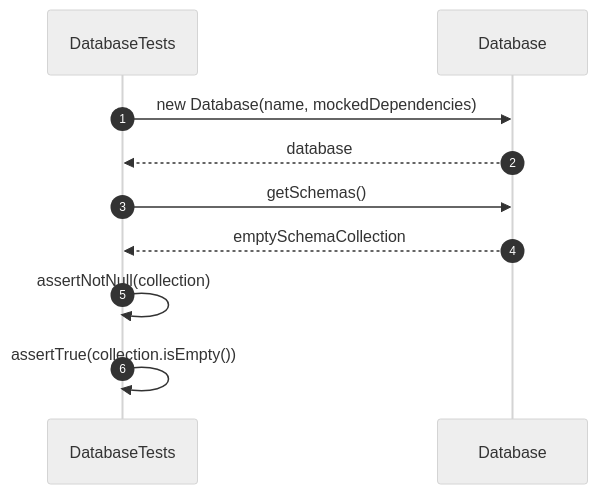
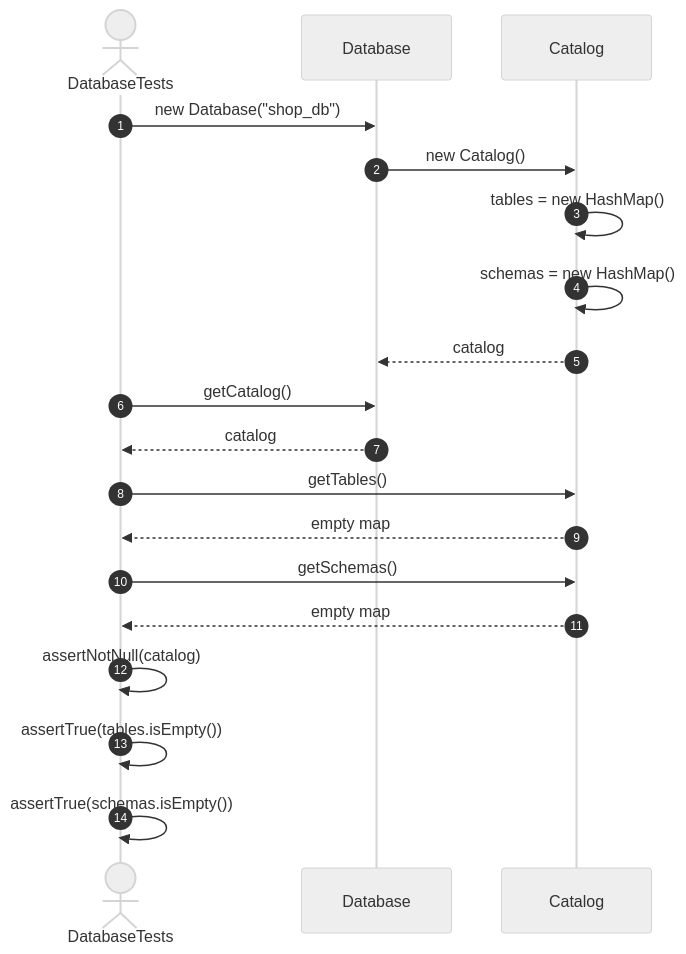
One commit to FhuAnn/-bbv-AN-s-DBMS changed the third of 41 diagrams in src/tests/unit/database/sequences/database-testing.se.md. Above: the diagram before and after it, drawn with Mermaid (neutral theme). The commit also changed other lines of this file and 60 other files, not shown here.

````diff
--- a/src/tests/unit/database/sequences/database-testing.se.md
+++ b/src/tests/unit/database/sequences/database-testing.se.md
@@ -59,16 +78,28 @@
 ```mermaid
 sequenceDiagram
     autonumber
 
-    participant Test as DatabaseTests
-    participant Database
+    actor Test as DatabaseTests
+    participant DB as Database
+    participant C as Catalog
 
-    Test->>Database: new Database(name, mockedDependencies)
-    Database-->>Test: database
+    Test->>DB: new Database("shop_db")
 
-    Test->>Database: getSchemas()
-    Database-->>Test: emptySchemaCollection
+    DB->>C: new Catalog()
+    C->>C: tables = new HashMap()
+    C->>C: schemas = new HashMap()
+    C-->>DB: catalog
 
-    Test->>Test: assertNotNull(collection)
-    Test->>Test: assertTrue(collection.isEmpty())
+    Test->>DB: getCatalog()
+    DB-->>Test: catalog
+
+    Test->>C: getTables()
+    C-->>Test: empty map
+
+    Test->>C: getSchemas()
+    C-->>Test: empty map
+
+    Test->>Test: assertNotNull(catalog)
+    Test->>Test: assertTrue(tables.isEmpty())
+    Test->>Test: assertTrue(schemas.isEmpty())
 ```
````
